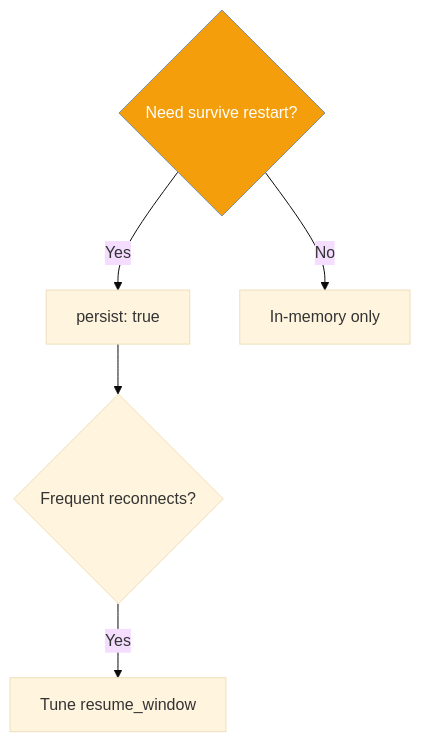
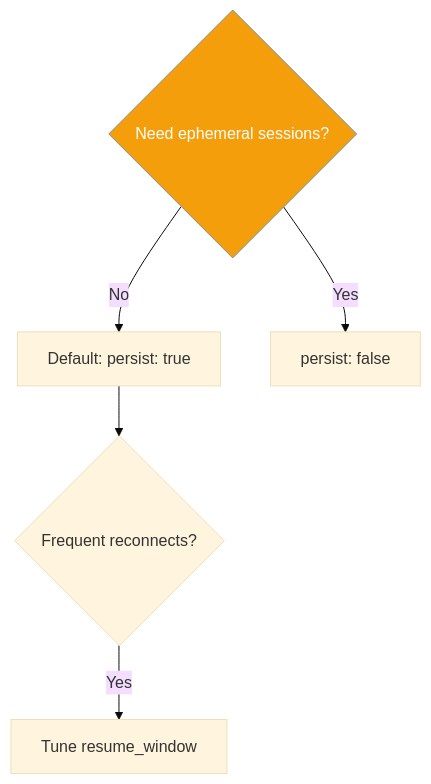
Before and after one commit to MervinPraison/PraisonAIDocs: the third of 3 diagrams in docs/features/gateway-session-persistence.mdx, drawn with Mermaid (base theme). The commit also changed other lines of this file, not shown here.

First line of the commit message:
docs: gateway session persistence is durable-by-default (fixes #2584)

````diff
--- a/docs/features/gateway-session-persistence.mdx
+++ b/docs/features/gateway-session-persistence.mdx
@@ -216,11 +240,11 @@
 ```mermaid
 graph TB
-    Q{Need survive restart?}
-    Q -->|Yes| P[persist: true]
-    Q -->|No| D[In-memory only]
+    Q{Need ephemeral sessions?}
+    Q -->|No| P[Default: persist: true]
+    Q -->|Yes| D[persist: false]
     P --> R{Frequent reconnects?}
     R -->|Yes| W[Tune resume_window]
 
     classDef q fill:#F59E0B,stroke:#7C90A0,color:#fff
     class Q q
 ```
````
